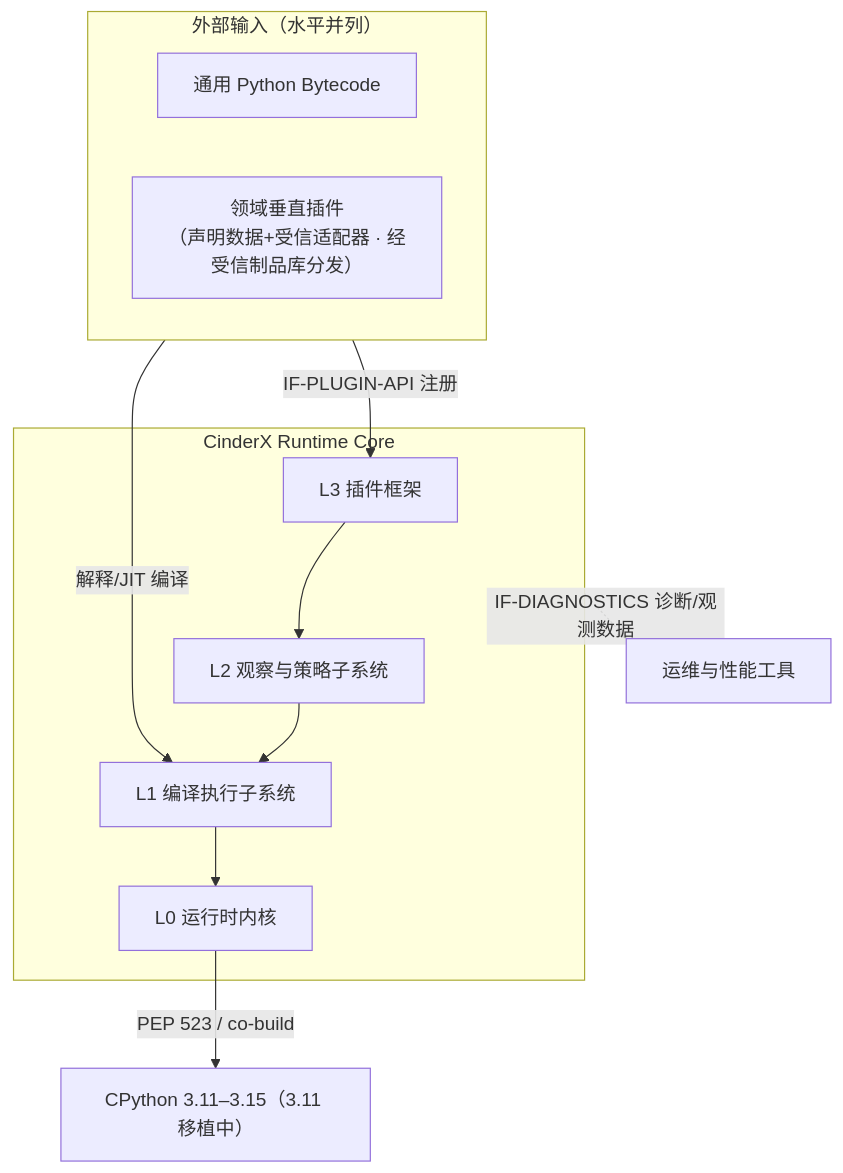
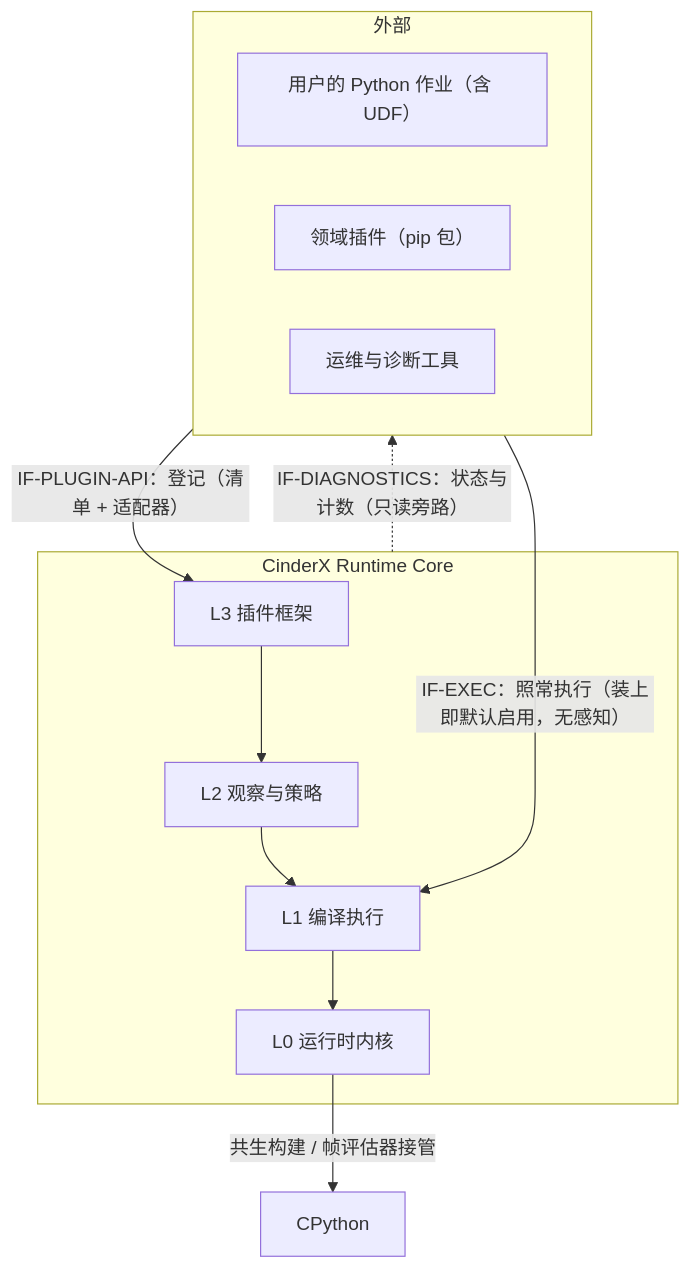
The second of 5 diagrams in docs/design/【架构设计】CinderX增强运行时.md (openeuler-mirror/cinderx), drawn with Mermaid before and after one commit. The commit also changed other lines of this file, not shown here.

````diff
--- a/docs/design/【架构设计】CinderX增强运行时.md
+++ b/docs/design/【架构设计】CinderX增强运行时.md
@@ -344,26 +283,23 @@
 ```mermaid
 graph TB
-    subgraph EXT ["外部输入（水平并列）"]
+    subgraph EXT ["外部"]
         direction LR
-        BC["通用 Python Bytecode"]
-        PLG["领域垂直插件<br/>（声明数据+受信适配器 · 经受信制品库分发）"]
+        PY["用户的 Python 作业（含 UDF）"]
+        PLG["领域插件（pip 包）"]
+        OPS["运维与诊断工具"]
     end
 
     subgraph CORE ["CinderX Runtime Core"]
         L3["L3 插件框架"]
-        L2["L2 观察与策略子系统"]
-        L1["L1 编译执行子系统"]
+        L2["L2 观察与策略"]
+        L1["L1 编译执行"]
         L0["L0 运行时内核"]
-        L3 --> L2
-        L2 --> L1
-        L1 --> L0
+        L3 --> L2 --> L1 --> L0
     end
+    CPY["CPython"]
 
-    OPS["运维与性能工具"]
-    CPY["CPython 3.11–3.15（3.11 移植中）"]
-
-    BC -->|"解释/JIT 编译"| L1
-    PLG -->|"IF-PLUGIN-API 注册"| L3
-    CORE -.->|"IF-DIAGNOSTICS 诊断/观测数据"| OPS
-    L0 -->|"PEP 523 / co-build"| CPY
+    PY -->|"IF-EXEC：照常执行（装上即默认启用，无感知）"| L1
+    PLG -->|"IF-PLUGIN-API：登记（清单 + 适配器）"| L3
+    CORE -.->|"IF-DIAGNOSTICS：状态与计数（只读旁路）"| OPS
+    L0 -->|"共生构建 / 帧评估器接管"| CPY
 ```
````
